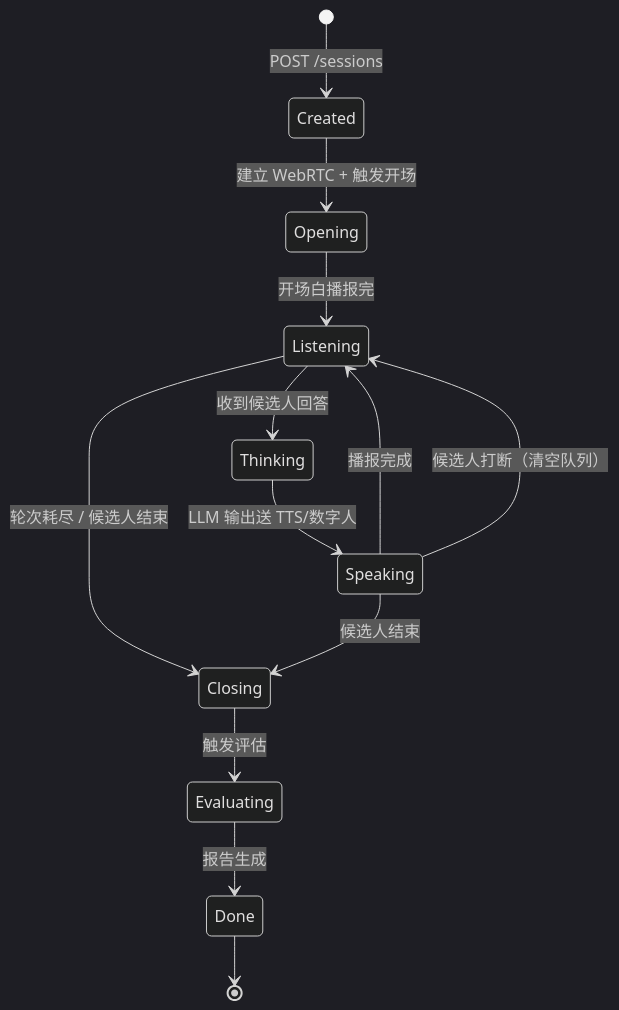
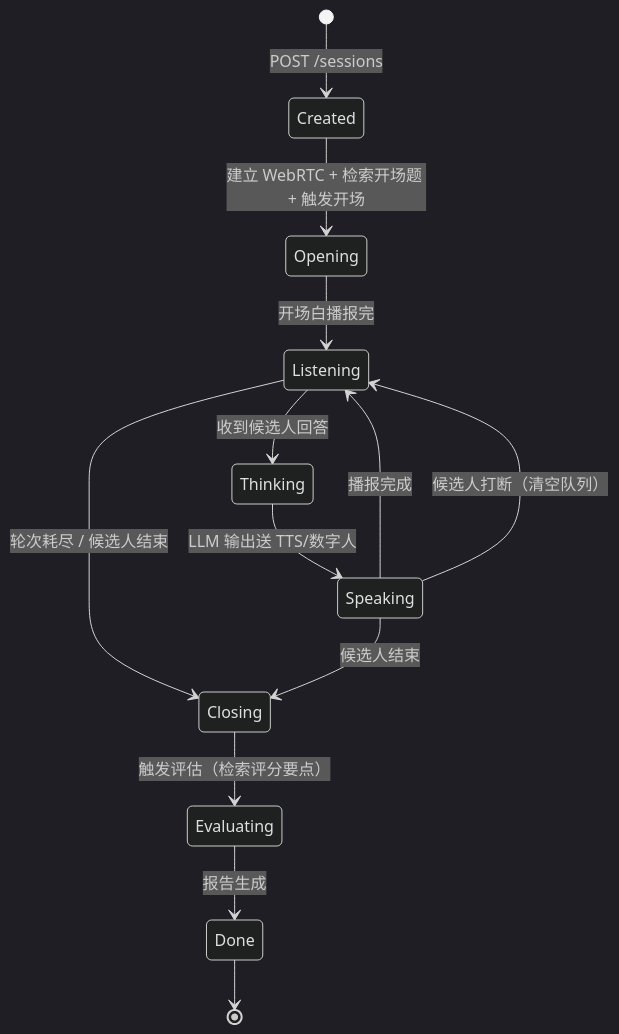
The third of 11 diagrams in ARCHITECTURE.md (sublucky/virtual-interviewer), drawn with Mermaid (dark theme) before and after one commit. The commit also changed other lines of this file, not shown here.

````diff
--- a/ARCHITECTURE.md
+++ b/ARCHITECTURE.md
@@ -157,15 +191,15 @@
 ```mermaid
 stateDiagram-v2
     [*] --> Created: POST /sessions
-    Created --> Opening: 建立 WebRTC + 触发开场
+    Created --> Opening: 建立 WebRTC + 检索开场题 + 触发开场
     Opening --> Listening: 开场白播报完
     Listening --> Thinking: 收到候选人回答
     Thinking --> Speaking: LLM 输出送 TTS/数字人
     Speaking --> Listening: 播报完成
     Speaking --> Listening: 候选人打断（清空队列）
     Listening --> Closing: 轮次耗尽 / 候选人结束
     Speaking --> Closing: 候选人结束
-    Closing --> Evaluating: 触发评估
+    Closing --> Evaluating: 触发评估（检索评分要点）
     Evaluating --> Done: 报告生成
     Done --> [*]
 ```
````
